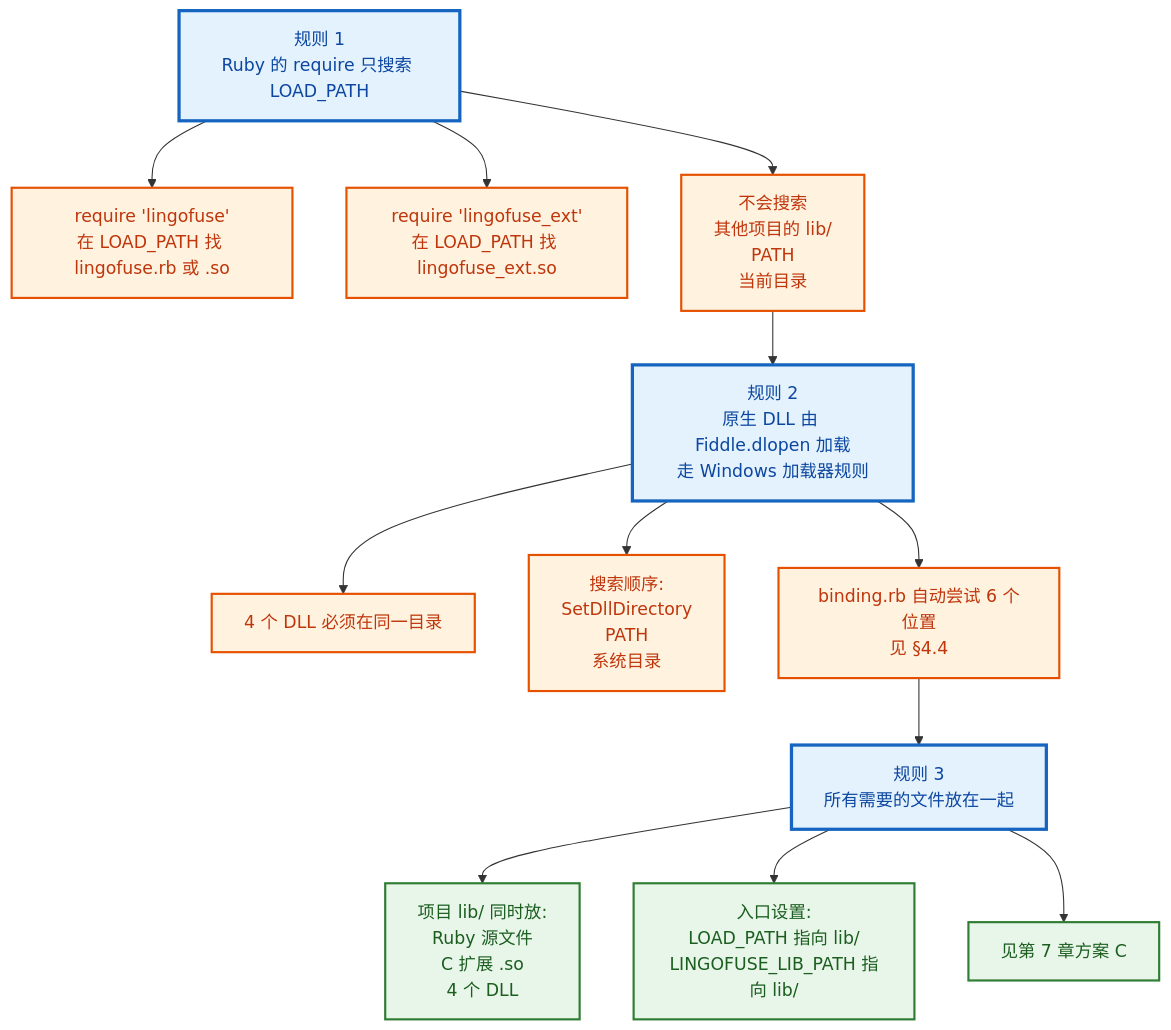
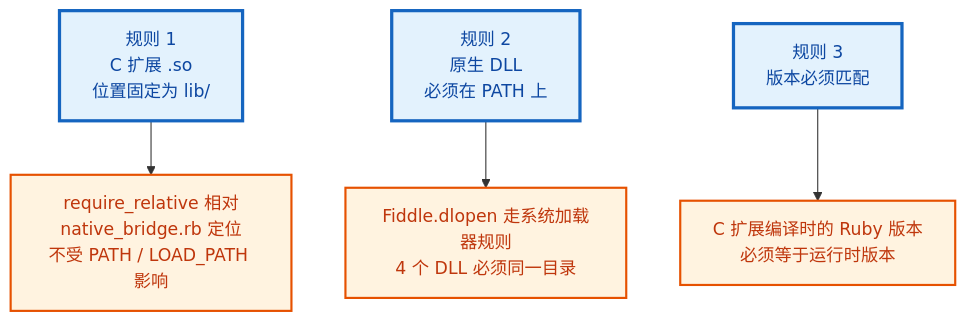
One commit to PassByYou888/LingoFuse changed diagram 20 of 21 in ruby/README.md. Above: the diagram before and after it, drawn with Mermaid. The commit also changed other lines of this file and 8 other files, not shown here.

First line of the commit message:
Clarify Ruby native loading and docs

````diff
--- a/ruby/README.md
+++ b/ruby/README.md
@@ -1912,25 +1430,17 @@
 ```mermaid
 flowchart TD
-    R1["规则 1<br/>Ruby 的 require 只搜索 LOAD_PATH"]
-    R1 --> R1A["require 'lingofuse'<br/>在 LOAD_PATH 找 lingofuse.rb 或 .so"]
-    R1 --> R1B["require 'lingofuse_ext'<br/>在 LOAD_PATH 找 lingofuse_ext.so"]
-    R1 --> R1C["不会搜索<br/>其他项目的 lib/<br/>PATH<br/>当前目录"]
+    R1["规则 1<br/>C 扩展 .so<br/>位置固定为 lib/"]
+    R1 --> R1D["require_relative 相对<br/>native_bridge.rb 定位<br/>不受 PATH / LOAD_PATH 影响"]
 
-    R1C --> R2["规则 2<br/>原生 DLL 由 Fiddle.dlopen 加载<br/>走 Windows 加载器规则"]
-    R2 --> R2A["4 个 DLL 必须在同一目录"]
-    R2 --> R2B["搜索顺序:<br/>SetDllDirectory<br/>PATH<br/>系统目录"]
-    R2 --> R2C["binding.rb 自动尝试 6 个位置<br/>见 §4.4"]
+    R2["规则 2<br/>原生 DLL<br/>必须在 PATH 上"]
+    R2 --> R2D["Fiddle.dlopen 走系统加载器规则<br/>4 个 DLL 必须同一目录"]
 
-    R2C --> R3["规则 3<br/>所有需要的文件放在一起"]
-    R3 --> R3A["项目 lib/ 同时放:<br/>Ruby 源文件<br/>C 扩展 .so<br/>4 个 DLL"]
-    R3 --> R3B["入口设置:<br/>LOAD_PATH 指向 lib/<br/>LINGOFUSE_LIB_PATH 指向 lib/"]
-    R3 --> R3C["见第 7 章方案 C"]
+    R3["规则 3<br/>版本必须匹配"]
+    R3 --> R3D["C 扩展编译时的 Ruby 版本<br/>必须等于运行时版本"]
 
     classDef rule fill:#E3F2FD,stroke:#1565C0,stroke-width:3px,color:#0D47A1
     classDef detail fill:#FFF3E0,stroke:#E65100,stroke-width:2px,color:#BF360C
-    classDef fix fill:#E8F5E9,stroke:#2E7D32,stroke-width:2px,color:#1B5E20
 
     class R1,R2,R3 rule
-    class R1A,R1B,R1C,R2A,R2B,R2C detail
-    class R3A,R3B,R3C fix
+    class R1D,R2D,R3D detail
 ```
````
